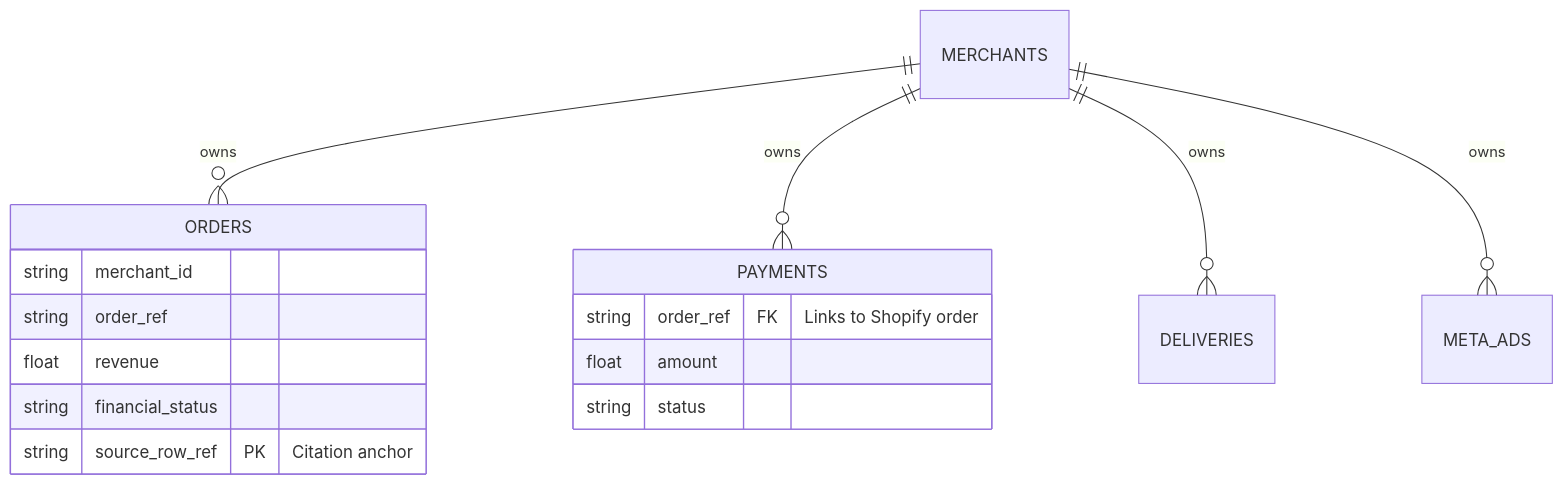
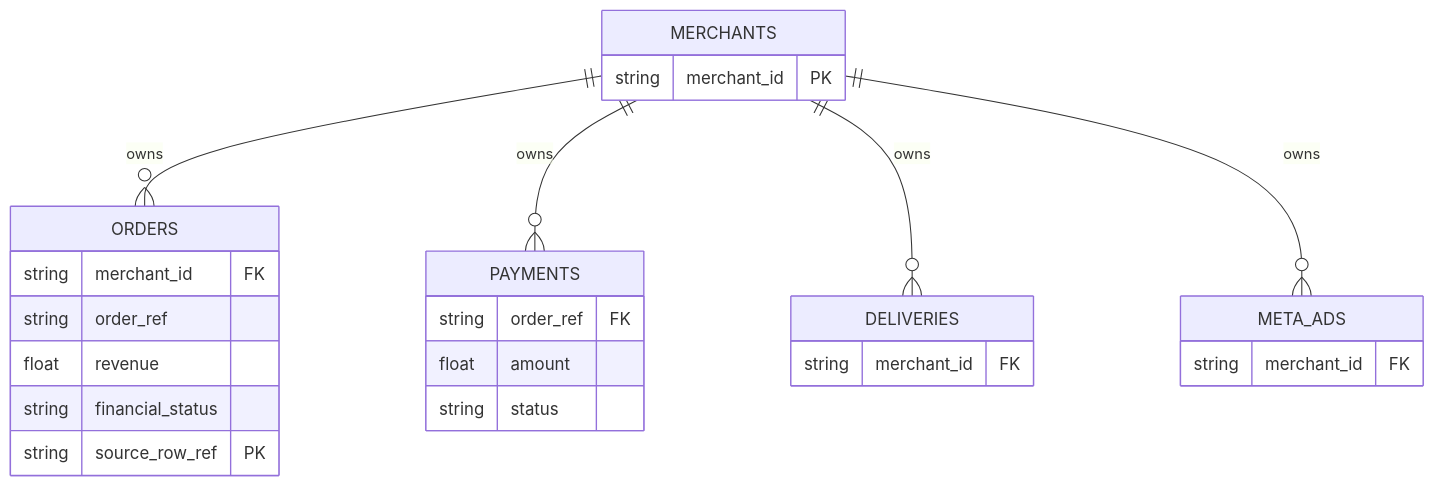
One commit to Sanskaragrawal2107/shiprocket_submission changed the second of 2 diagrams in README.md. Above: the diagram before and after it, drawn with Mermaid. The commit also changed other lines of this file, not shown here.

````diff
--- a/README.md
+++ b/README.md
@@ -81,21 +81,33 @@
 ```mermaid
 erDiagram
     MERCHANTS ||--o{ ORDERS : owns
     MERCHANTS ||--o{ PAYMENTS : owns
     MERCHANTS ||--o{ DELIVERIES : owns
     MERCHANTS ||--o{ META_ADS : owns
-    
+
+    MERCHANTS {
+        string merchant_id PK
+    }
+
     ORDERS {
-        string merchant_id
+        string merchant_id FK
         string order_ref
         float revenue
         string financial_status
-        string source_row_ref PK "Citation anchor"
+        string source_row_ref PK
     }
-    
+
     PAYMENTS {
-        string order_ref FK "Links to Shopify order"
+        string order_ref FK
         float amount
         string status
     }
+
+    DELIVERIES {
+        string merchant_id FK
+    }
+
+    META_ADS {
+        string merchant_id FK
+    }
 ```
````
